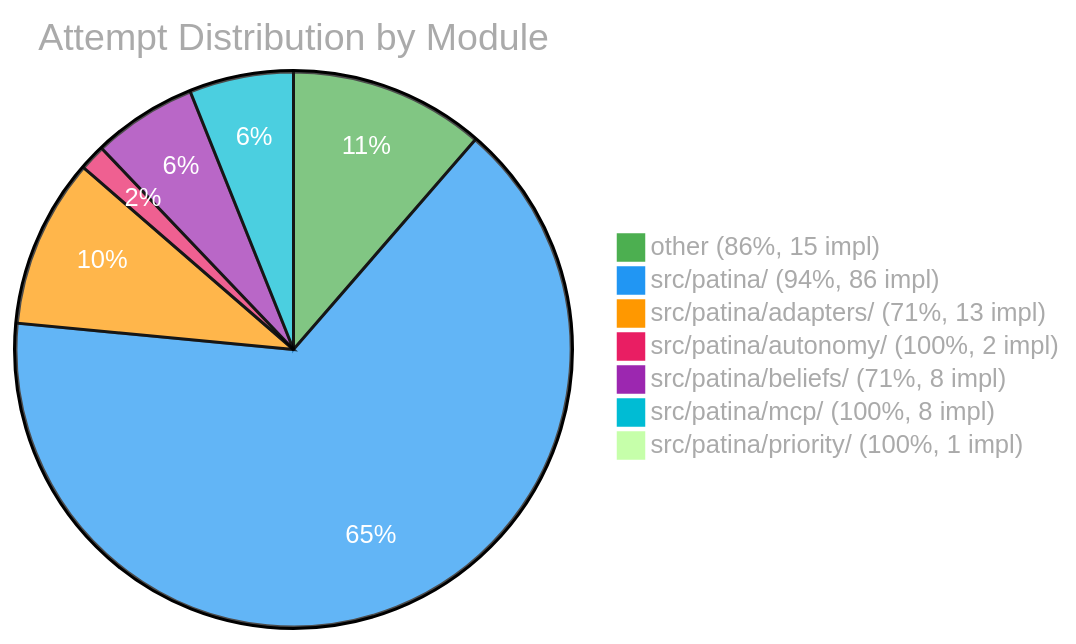
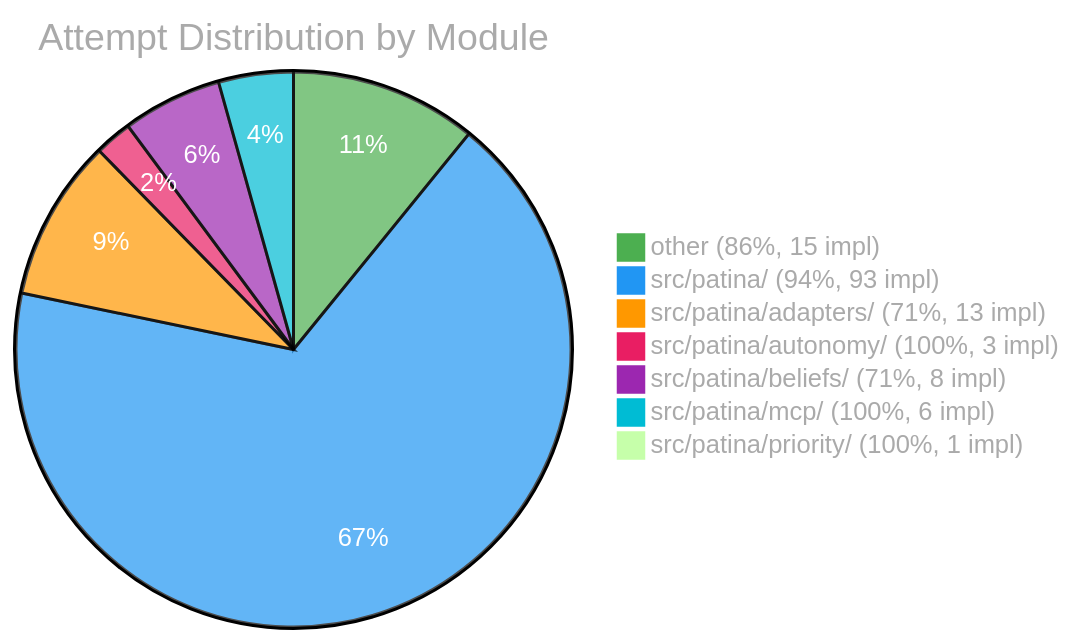
The third of 3 diagrams in EVAL.md (Bhavy-Ranka/patina), drawn with Mermaid before and after one commit. The commit also changed other lines of this file and 1 other file, not shown here.

````diff
--- a/EVAL.md
+++ b/EVAL.md
@@ -116,11 +122,11 @@
 ```mermaid
 %%{init: {'theme': 'base', 'themeVariables': {'pie1': '#4CAF50', 'pie2': '#2196F3', 'pie3': '#FF9800', 'pie4': '#E91E63', 'pie5': '#9C27B0', 'pie6': '#00BCD4', 'pieTitleTextColor': '#aaa', 'pieLegendTextColor': '#aaa', 'pieSectionTextColor': '#fff'}}}%%
 pie title Attempt Distribution by Module
     "other (86%, 15 impl)" : 15
-    "src/patina/ (94%, 86 impl)" : 86
+    "src/patina/ (94%, 93 impl)" : 93
     "src/patina/adapters/ (71%, 13 impl)" : 13
-    "src/patina/autonomy/ (100%, 2 impl)" : 2
+    "src/patina/autonomy/ (100%, 3 impl)" : 3
     "src/patina/beliefs/ (71%, 8 impl)" : 8
-    "src/patina/mcp/ (100%, 8 impl)" : 8
+    "src/patina/mcp/ (100%, 6 impl)" : 6
     "src/patina/priority/ (100%, 1 impl)" : 1
 ```
````
